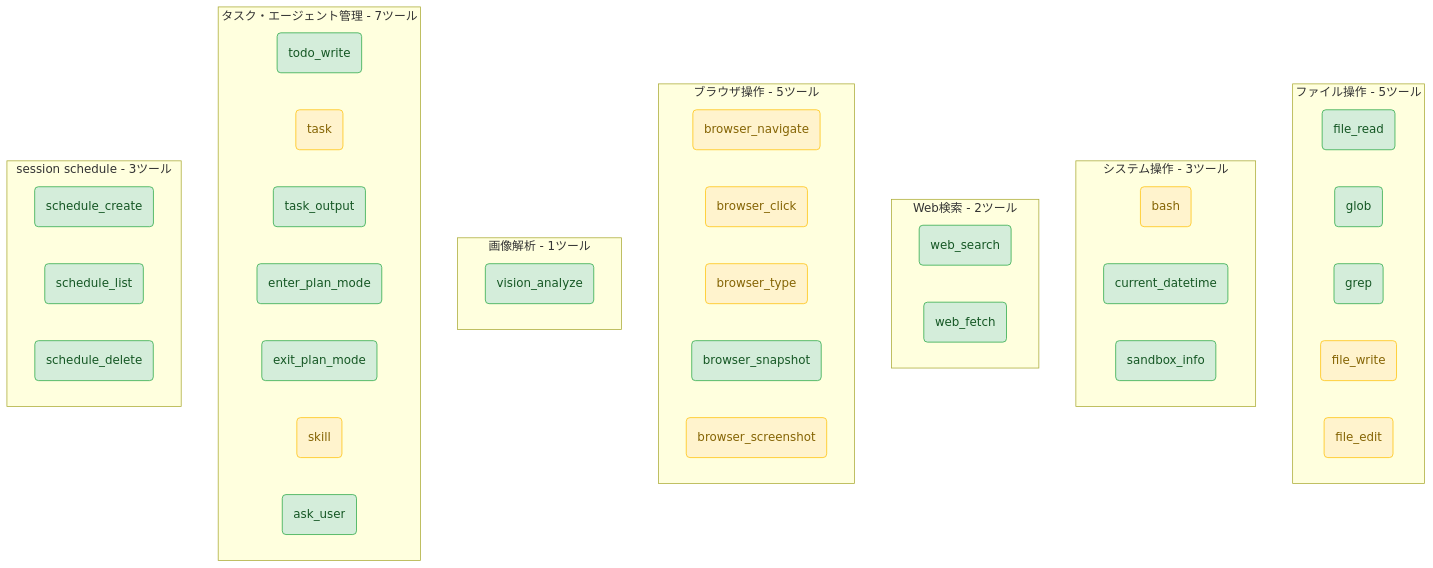
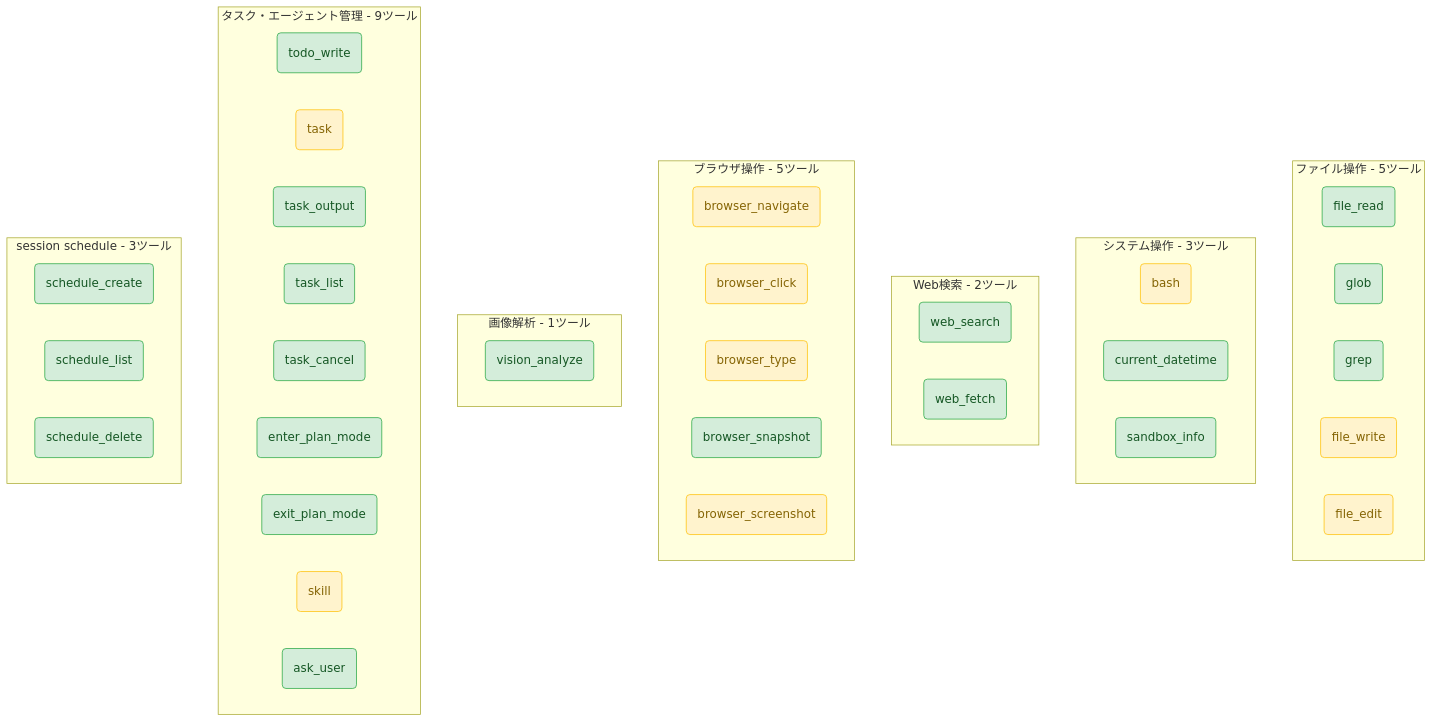
One commit to t2k2pp/lllmAgents changed the fourth of 5 diagrams in docs/external_design.md. Above: the diagram before and after it, drawn with Mermaid. The commit also changed other lines of this file and 21 other files, not shown here.

````diff
--- a/docs/external_design.md
+++ b/docs/external_design.md
@@ -194,52 +194,54 @@
 ```mermaid
 graph TD
     classDef safe fill:#d4edda,stroke:#28a745,color:#155724;
     classDef ask fill:#fff3cd,stroke:#ffc107,color:#856404;
 
     subgraph Filesystem [ファイル操作 - 5ツール]
         F1(file_read):::safe
         F2(glob):::safe
         F3(grep):::safe
         F4(file_write):::ask
         F5(file_edit):::ask
     end
 
     subgraph System [システム操作 - 3ツール]
         S1(bash):::ask
         S2(current_datetime):::safe
         S3(sandbox_info):::safe
     end
 
     subgraph Web [Web検索 - 2ツール]
         W1(web_search):::safe
         W2(web_fetch):::safe
     end
 
     subgraph Browser [ブラウザ操作 - 5ツール]
         B1(browser_navigate):::ask
         B2(browser_click):::ask
         B3(browser_type):::ask
         B4(browser_snapshot):::safe
         B5(browser_screenshot):::ask
     end
 
     subgraph Vision [画像解析 - 1ツール]
         V1(vision_analyze):::safe
     end
 
-    subgraph AgentTools [タスク・エージェント管理 - 7ツール]
+    subgraph AgentTools [タスク・エージェント管理 - 9ツール]
         A1(todo_write):::safe
         A2(task):::ask
         A3(task_output):::safe
-        A4(enter_plan_mode):::safe
-        A5(exit_plan_mode):::safe
-        A6(skill):::ask
-        A7(ask_user):::safe
+        A4(task_list):::safe
+        A5(task_cancel):::safe
+        A6(enter_plan_mode):::safe
+        A7(exit_plan_mode):::safe
+        A8(skill):::ask
+        A9(ask_user):::safe
     end
 
     subgraph Schedule [session schedule - 3ツール]
         C1(schedule_create):::safe
         C2(schedule_list):::safe
         C3(schedule_delete):::safe
     end
 ```
````
